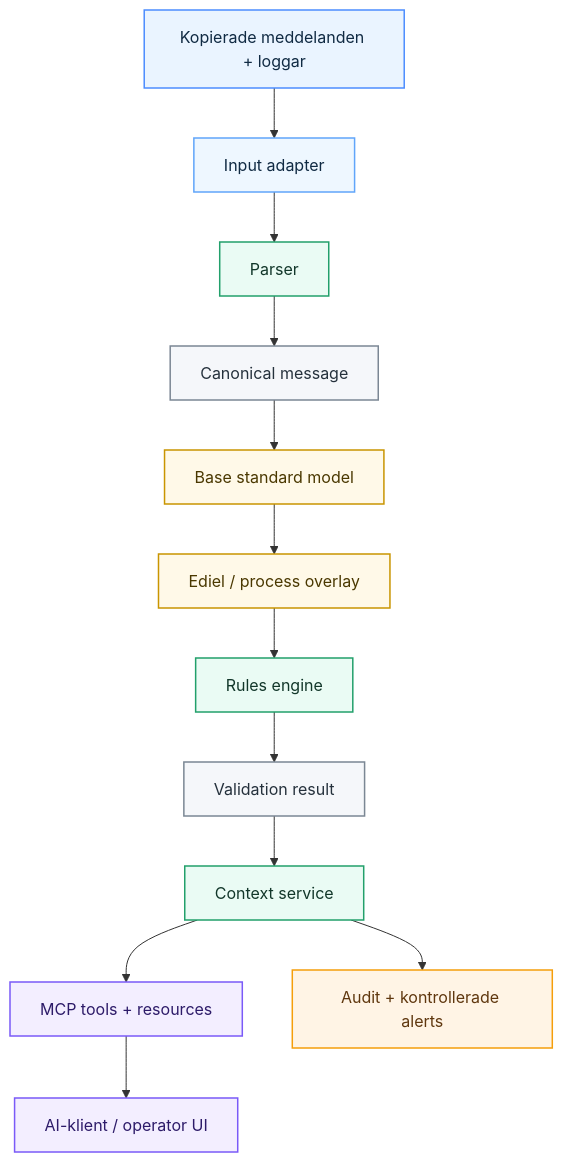
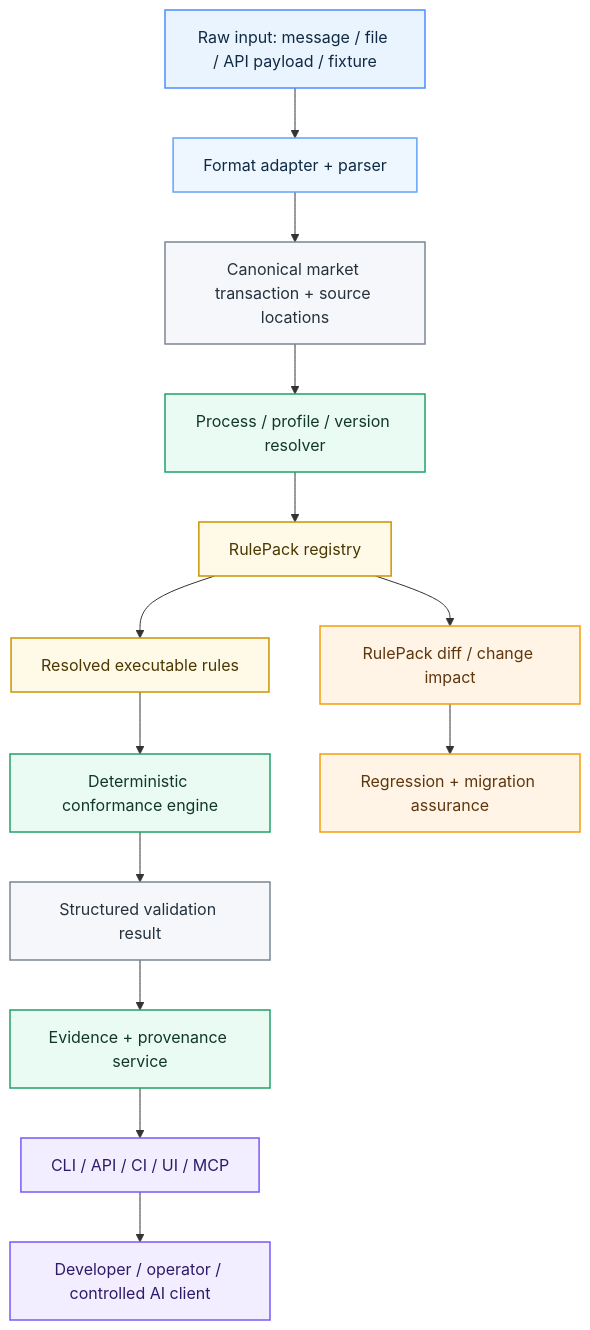
Before and after one commit to cjrandersson/tydel-arosyn-mcp: the diagram in ARCHITECTURE.md, drawn with Mermaid. The commit also changed other lines of this file and 14 other files, not shown here.

Commit message:
strategy: post-DHV reset to energy market conformance

````diff
--- a/ARCHITECTURE.md
+++ b/ARCHITECTURE.md
@@ -45,22 +119,24 @@
 ```mermaid
 flowchart TD
-    A["Kopierade meddelanden + loggar"]:::input --> B["Input adapter"]:::adapter
-    B --> C["Parser"]:::core
-    C --> D["Canonical message"]:::data
-    D --> E["Base standard model"]:::standard
-    E --> F["Ediel / process overlay"]:::standard
-    F --> G["Rules engine"]:::core
-    G --> H["Validation result"]:::data
-    H --> I["Context service"]:::core
-    I --> J["MCP tools + resources"]:::mcp
-    J --> K["AI-klient / operator UI"]:::mcp
-    I --> L["Audit + kontrollerade alerts"]:::action
+    A["Raw input: message / file / API payload / fixture"]:::input --> B["Format adapter + parser"]:::adapter
+    B --> C["Canonical market transaction + source locations"]:::data
+    C --> D["Process / profile / version resolver"]:::core
+    D --> E["RulePack registry"]:::standard
+    E --> F["Resolved executable rules"]:::standard
+    F --> G["Deterministic conformance engine"]:::core
+    G --> H["Structured validation result"]:::data
+    H --> I["Evidence + provenance service"]:::core
+    I --> J["CLI / API / CI / UI / MCP"]:::mcp
+    J --> K["Developer / operator / controlled AI client"]:::mcp
+
+    E --> L["RulePack diff / change impact"]:::future
+    L --> M["Regression + migration assurance"]:::future
 
     classDef input fill:#EAF4FF,stroke:#4C8DFF,color:#102A43,stroke-width:1.5px;
     classDef adapter fill:#EEF7FF,stroke:#60A5FA,color:#102A43,stroke-width:1.5px;
     classDef core fill:#EAFBF4,stroke:#22A06B,color:#12372A,stroke-width:1.5px;
     classDef data fill:#F5F7FA,stroke:#7B8794,color:#25313C,stroke-width:1.5px;
     classDef standard fill:#FFF9E8,stroke:#C99500,color:#4A3800,stroke-width:1.5px;
     classDef mcp fill:#F3EEFF,stroke:#7A5AF8,color:#2D1B69,stroke-width:1.5px;
-    classDef action fill:#FFF4E5,stroke:#F59E0B,color:#5F370E,stroke-width:1.5px;
+    classDef future fill:#FFF4E5,stroke:#F59E0B,color:#5F370E,stroke-width:1.5px;
 ```
````
